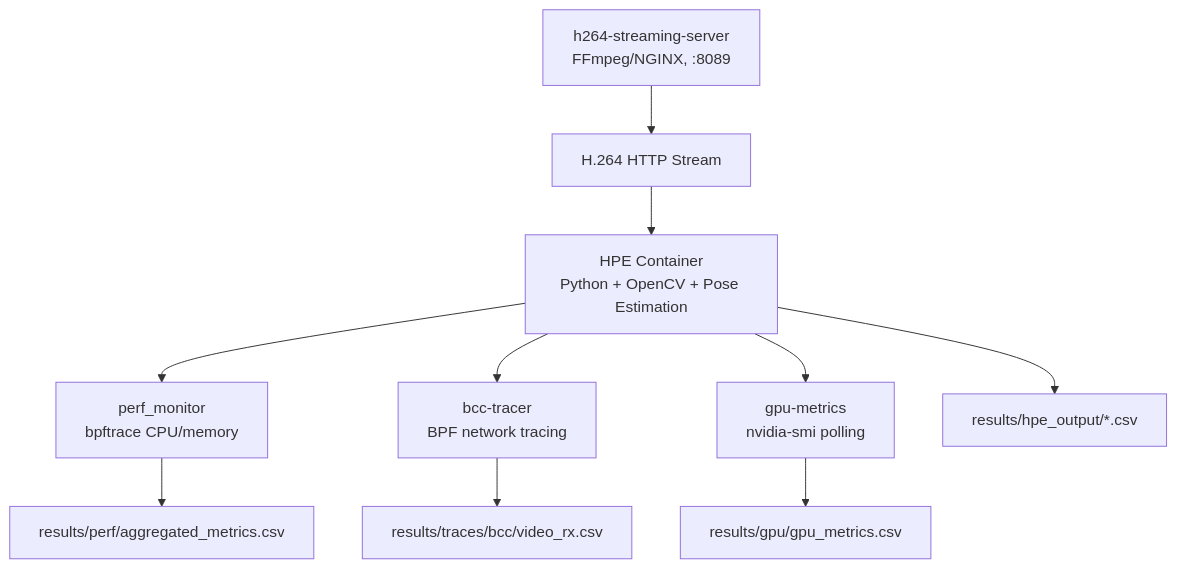
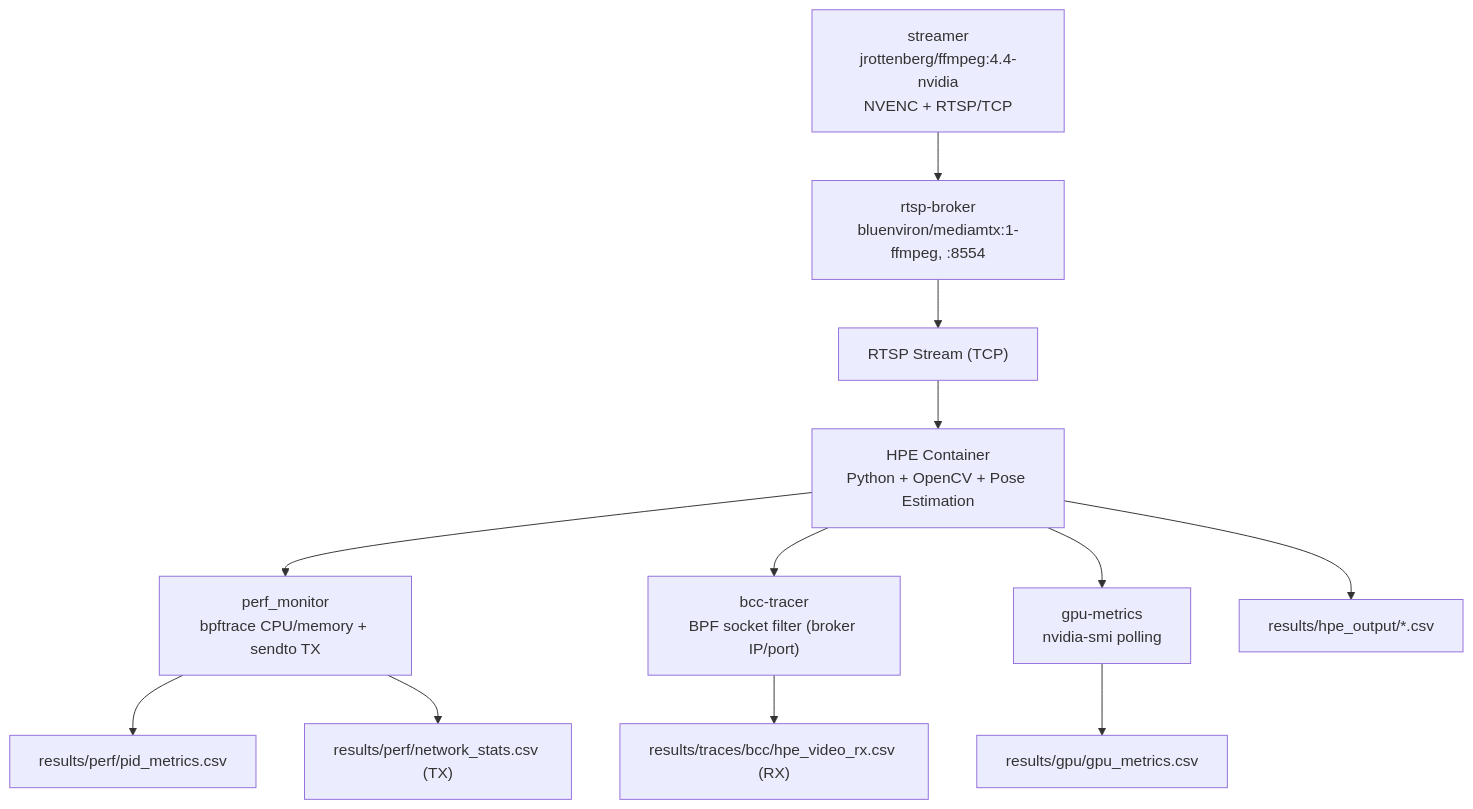
One commit to Fogus-Gr/MeasurementsDTs changed the third of 4 diagrams in .qoder/repowiki/en/content/Getting Started/Getting Started.md. Above: the diagram before and after it, drawn with Mermaid. The commit also changed other lines of this file and 30 other files, not shown here.

````diff
--- a/.qoder/repowiki/en/content/Getting Started/Getting Started.md
+++ b/.qoder/repowiki/en/content/Getting Started/Getting Started.md
@@ -311,12 +320,14 @@
 ```mermaid
 graph TD
-A["h264-streaming-server<br/>FFmpeg/NGINX, :8089"] --> B["H.264 HTTP Stream"]
+A0["streamer<br/>jrottenberg/ffmpeg:4.4-nvidia<br/>NVENC + RTSP/TCP"] --> A["rtsp-broker<br/>bluenviron/mediamtx:1-ffmpeg, :8554"]
+A --> B["RTSP Stream (TCP)"]
 B --> C["HPE Container<br/>Python + OpenCV + Pose Estimation"]
-C --> D["perf_monitor<br/>bpftrace CPU/memory"]
-C --> E["bcc-tracer<br/>BPF network tracing"]
+C --> D["perf_monitor<br/>bpftrace CPU/memory + sendto TX"]
+C --> E["bcc-tracer<br/>BPF socket filter (broker IP/port)"]
 C --> F["gpu-metrics<br/>nvidia-smi polling"]
-D --> G["results/perf/aggregated_metrics.csv"]
-E --> H["results/traces/bcc/video_rx.csv"]
+D --> G["results/perf/pid_metrics.csv"]
+D --> G2["results/perf/network_stats.csv (TX)"]
+E --> H["results/traces/bcc/hpe_video_rx.csv (RX)"]
 F --> I["results/gpu/gpu_metrics.csv"]
 C --> J["results/hpe_output/*.csv"]
 ```
````
